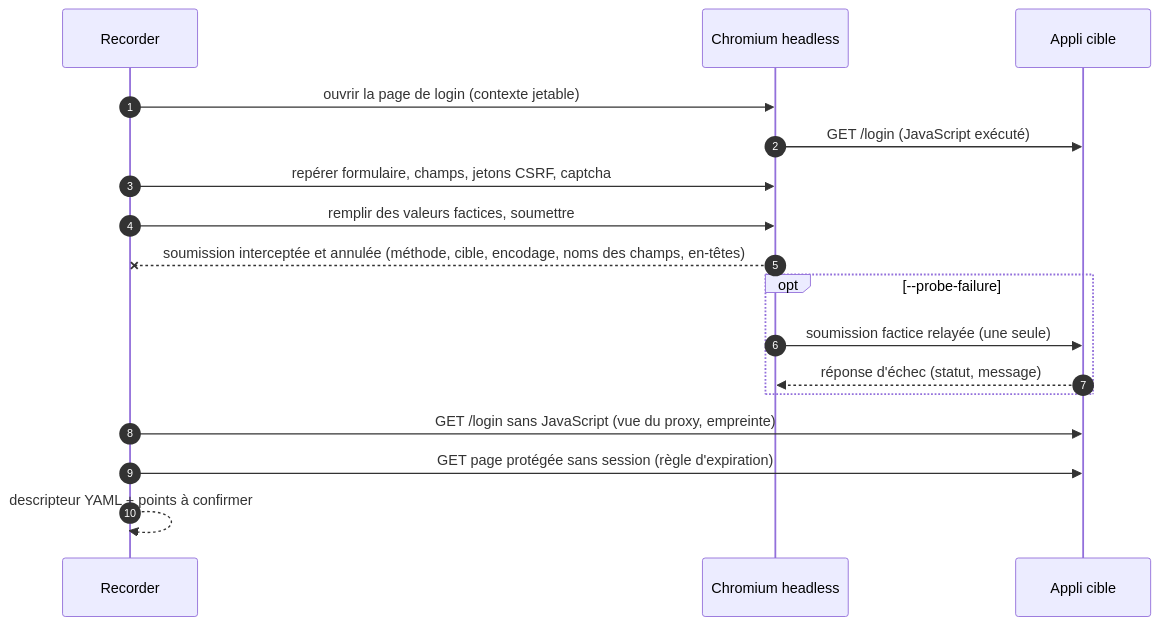
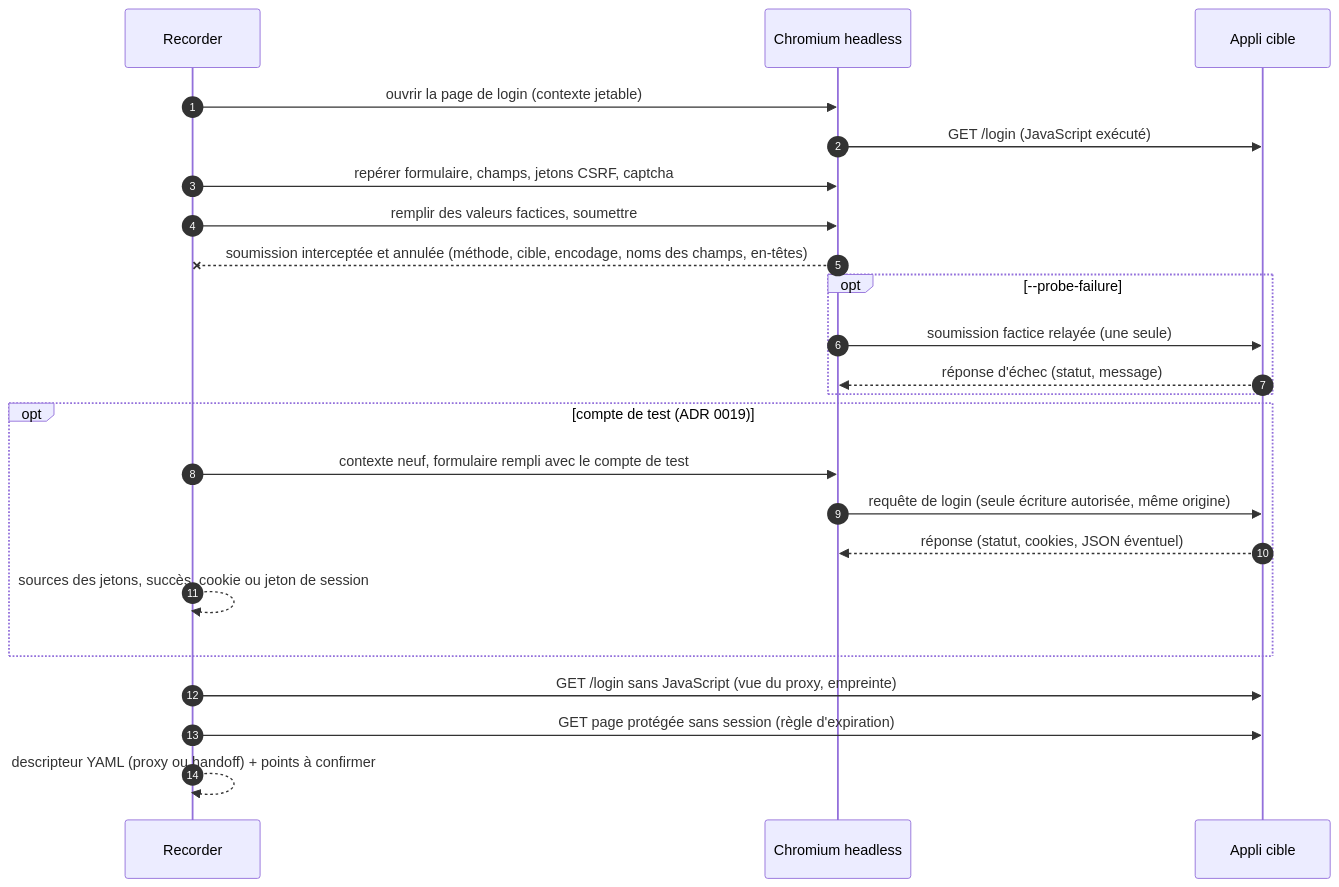
Before and after one commit to neoisback431/Sesame: the seventh of 7 diagrams in docs/architecture.md, drawn with Mermaid. The commit also changed other lines of this file, not shown here.

First line of the commit message:
Architecture : handoff, diagnostic des rejeux, formulaire JS, recorder avec compte de test

````diff
--- a/docs/architecture.md
+++ b/docs/architecture.md
@@ -309,19 +369,25 @@
 ```mermaid
 sequenceDiagram
     autonumber
     participant R as Recorder
     participant B as Chromium headless
     participant A as Appli cible
     R->>B: ouvrir la page de login (contexte jetable)
     B->>A: GET /login (JavaScript exécuté)
     R->>B: repérer formulaire, champs, jetons CSRF, captcha
     R->>B: remplir des valeurs factices, soumettre
     B--xR: soumission interceptée et annulée (méthode, cible, encodage, noms des champs, en-têtes)
     opt --probe-failure
         B->>A: soumission factice relayée (une seule)
         A-->>B: réponse d'échec (statut, message)
     end
+    opt compte de test (ADR 0019)
+        R->>B: contexte neuf, formulaire rempli avec le compte de test
+        B->>A: requête de login (seule écriture autorisée, même origine)
+        A-->>B: réponse (statut, cookies, JSON éventuel)
+        R-->>R: sources des jetons, succès, cookie ou jeton de session
+    end
     R->>A: GET /login sans JavaScript (vue du proxy, empreinte)
     R->>A: GET page protégée sans session (règle d'expiration)
-    R-->>R: descripteur YAML + points à confirmer
+    R-->>R: descripteur YAML (proxy ou handoff) + points à confirmer
 ```
````
